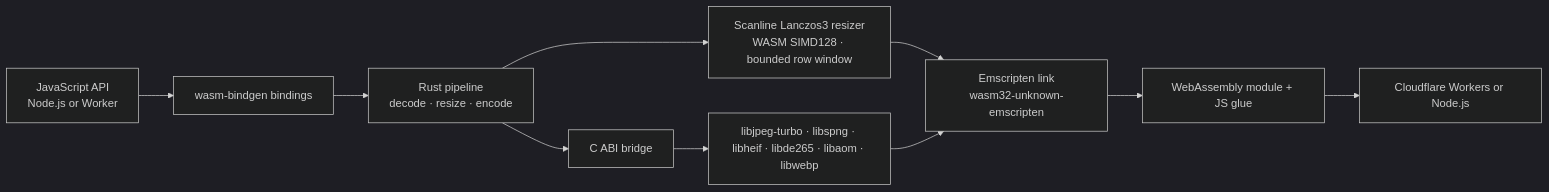
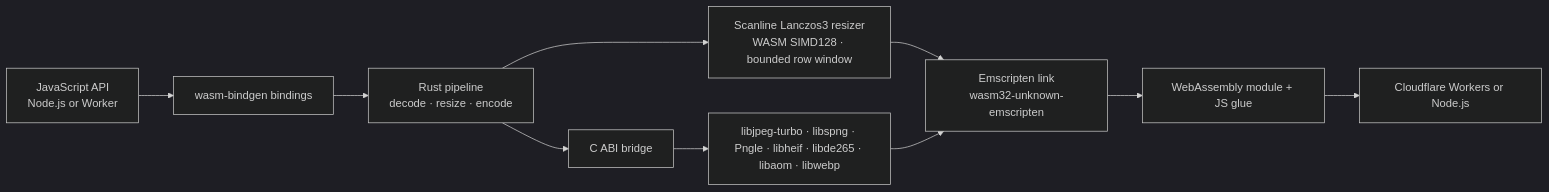
Before and after one commit to mutables-app/image-optimizer: the diagram in README.md, drawn with Mermaid (dark theme). The commit also changed other lines of this file and 13 other files, not shown here.

````diff
--- a/README.md
+++ b/README.md
@@ -25,12 +25,12 @@
 ```mermaid
 flowchart LR
   API[JavaScript API<br/>Node.js or Worker] --> BIND[wasm-bindgen bindings]
   BIND --> RUST[Rust pipeline<br/>decode · resize · encode]
   RUST --> RESIZE[Scanline Lanczos3 resizer<br/>WASM SIMD128 · bounded row window]
   RUST --> CABI[C ABI bridge]
-  CABI --> CODECS[libjpeg-turbo · libspng · libheif · libde265 · libaom · libwebp]
+  CABI --> CODECS[libjpeg-turbo · libspng · Pngle · libheif · libde265 · libaom · libwebp]
   RESIZE --> LINK[Emscripten link<br/>wasm32-unknown-emscripten]
   CODECS --> LINK
   LINK --> WASM[WebAssembly module + JS glue]
   WASM --> HOST[Cloudflare Workers or Node.js]
 ```
````
